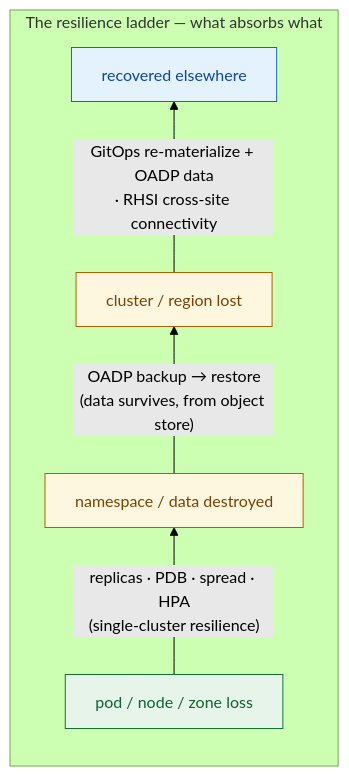
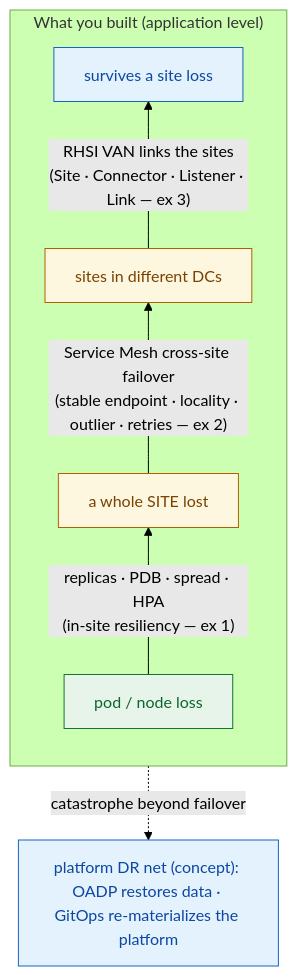
The diagram in content/modules/ROOT/pages/m21-resilience-multicluster-dr/wrapup.adoc (serhat-dirik/OCP-Getting-Started-Revamped), drawn with Mermaid (forest theme) before and after one commit. The commit also changed other lines of this file and 19 other files, not shown here.

Commit message:
feat(m21): rework lab to app-level cross-site failover (Service Mesh + RHSI)

```diff
--- a/content/modules/ROOT/pages/m21-resilience-multicluster-dr/wrapup.adoc
+++ b/content/modules/ROOT/pages/m21-resilience-multicluster-dr/wrapup.adoc
@@ -14,14 +13,16 @@
 [mermaid]
 ....
 graph TB
-  subgraph ladder["The resilience ladder — what absorbs what"]
+  subgraph you["What you built (application level)"]
     direction BT
-    r1["pod / node / zone loss"] -->|"replicas · PDB · spread · HPA<br/>(single-cluster resilience)"| r2["namespace / data destroyed"]
-    r2 -->|"OADP backup → restore<br/>(data survives, from object store)"| r3["cluster / region lost"]
-    r3 -->|"GitOps re-materialize + OADP data<br/>· RHSI cross-site connectivity"| r4["recovered elsewhere"]
+    r1["pod / node loss"] -->|"replicas · PDB · spread · HPA<br/>(in-site resiliency — ex 1)"| r2["a whole SITE lost"]
+    r2 -->|"Service Mesh cross-site failover<br/>(stable endpoint · locality · outlier · retries — ex 2)"| r3["sites in different DCs"]
+    r3 -->|"RHSI VAN links the sites<br/>(Site · Connector · Listener · Link — ex 3)"| r4["survives a site loss"]
   end
+  net["platform DR net (concept): OADP restores data · GitOps re-materializes the platform"]
+  r4 -.->|"catastrophe beyond failover"| net
   classDef a fill:#e6f4ea,stroke:#137333,color:#0d652d;
   classDef b fill:#fef7e0,stroke:#b06000,color:#7a4100;
   classDef c fill:#e3f2fd,stroke:#1565c0,color:#0d47a1;
-  class r1 a; class r2,r3 b; class r4 c;
+  class r1 a; class r2,r3 b; class r4 c; class net c;
 ....
```
